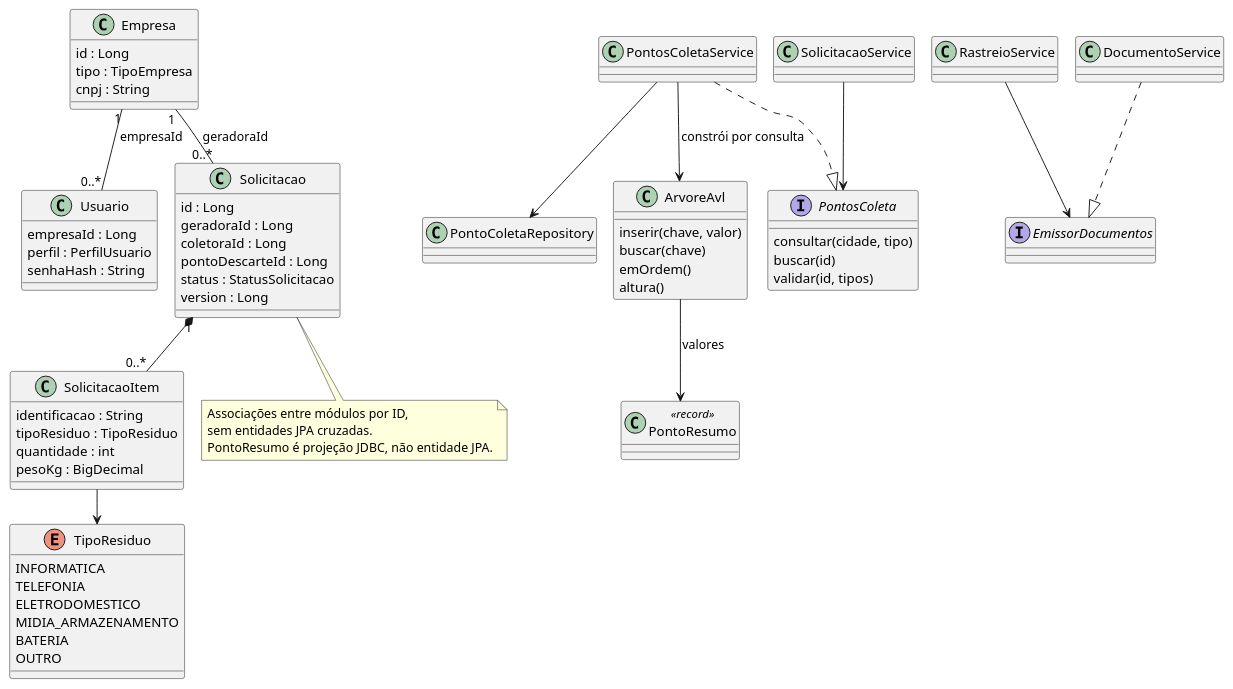
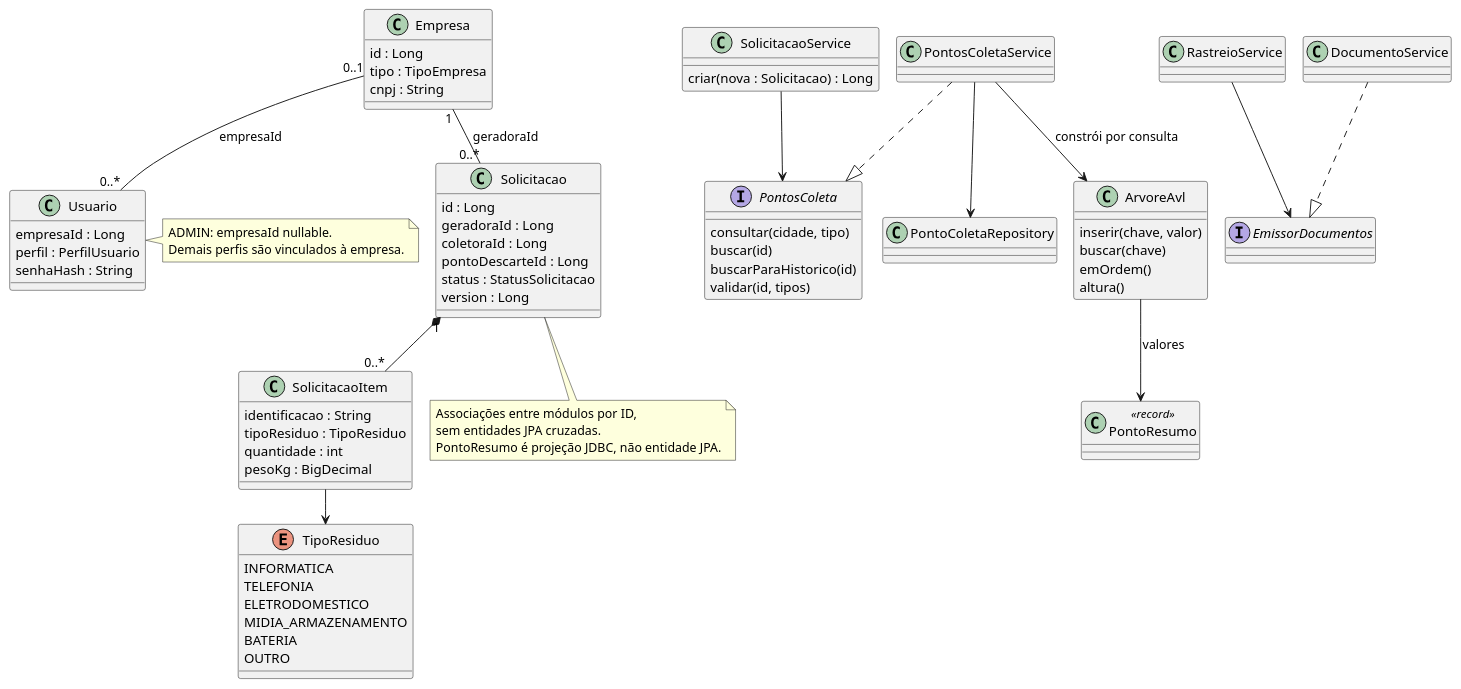
Before and after one commit to mmsxdev/plataforma-ewaste: the diagram in docs/uml/classes.puml, drawn with PlantUML. The commit also changed 40 other files, not shown here.

```diff
--- a/docs/uml/classes.puml
+++ b/docs/uml/classes.puml
@@ -1,70 +1,77 @@
 @startuml
 !pragma layout smetana
 skinparam classAttributeIconSize 0
 class Empresa {
   id : Long
   tipo : TipoEmpresa
   cnpj : String
 }
 class Usuario {
   empresaId : Long
   perfil : PerfilUsuario
   senhaHash : String
 }
 class Solicitacao {
   id : Long
   geradoraId : Long
   coletoraId : Long
   pontoDescarteId : Long
   status : StatusSolicitacao
   version : Long
 }
 class SolicitacaoItem {
   identificacao : String
   tipoResiduo : TipoResiduo
   quantidade : int
   pesoKg : BigDecimal
 }
 enum TipoResiduo {
   INFORMATICA
   TELEFONIA
   ELETRODOMESTICO
   MIDIA_ARMAZENAMENTO
   BATERIA
   OUTRO
 }
 interface PontosColeta {
   consultar(cidade, tipo)
   buscar(id)
+  buscarParaHistorico(id)
   validar(id, tipos)
 }
 class PontoResumo <<record>>
 class PontosColetaService
 class PontoColetaRepository
 class ArvoreAvl {
   inserir(chave, valor)
   buscar(chave)
   emOrdem()
   altura()
 }
-class SolicitacaoService
+class SolicitacaoService {
+  criar(nova : Solicitacao) : Long
+}
 class RastreioService
 interface EmissorDocumentos
 class DocumentoService
-Empresa "1" -- "0..*" Usuario : empresaId
+Empresa "0..1" -- "0..*" Usuario : empresaId
 Empresa "1" -- "0..*" Solicitacao : geradoraId
 Solicitacao "1" *-- "0..*" SolicitacaoItem
 SolicitacaoItem --> TipoResiduo
 SolicitacaoService --> PontosColeta
 PontosColetaService ..|> PontosColeta
 PontosColetaService --> PontoColetaRepository
 PontosColetaService --> ArvoreAvl : constrói por consulta
 ArvoreAvl --> PontoResumo : valores
 RastreioService --> EmissorDocumentos
 DocumentoService ..|> EmissorDocumentos
+note right of Usuario
+ADMIN: empresaId nullable.
+Demais perfis são vinculados à empresa.
+end note
 note bottom of Solicitacao
 Associações entre módulos por ID,
 sem entidades JPA cruzadas.
 PontoResumo é projeção JDBC, não entidade JPA.
 end note
 @enduml
```
